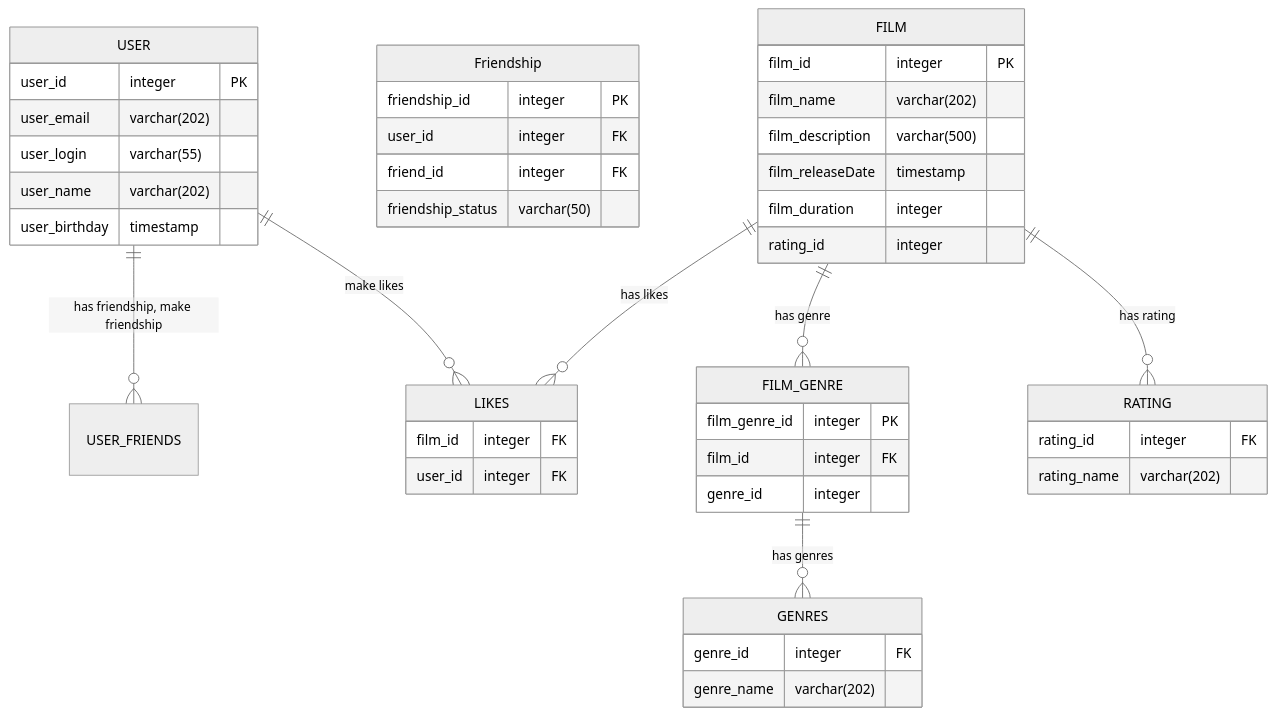
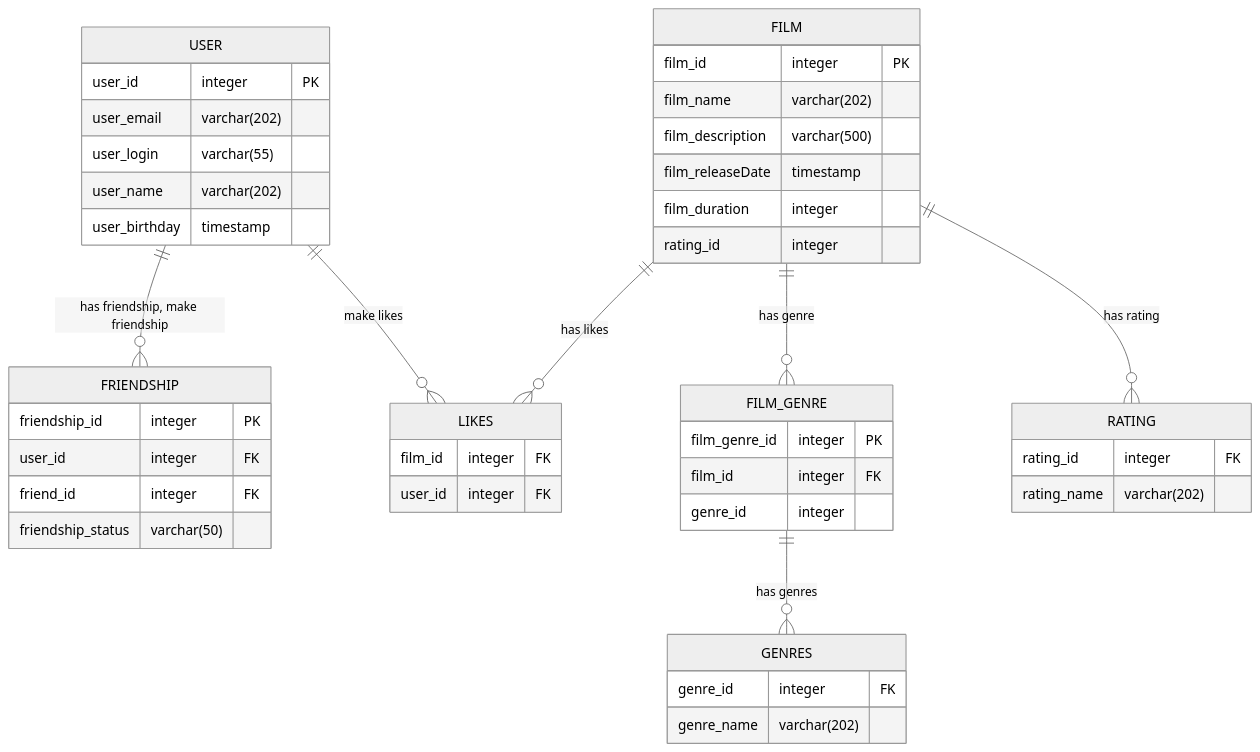
The diagram in README.md (VolchenkoP/java-filmorate), drawn with Mermaid (neutral theme) before and after one commit.

````diff
--- a/README.md
+++ b/README.md
@@ -7,47 +7,47 @@
 ```mermaid
 erDiagram
-    USER || --o{ USER_FRIENDS : "has friendship, make friendship"
+    USER || --o{ FRIENDSHIP : "has friendship, make friendship"
     USER || --o{ LIKES : "make likes"
     USER {
     user_id integer PK
     user_email varchar(202)
     user_login varchar(55)
     user_name varchar(202)
     user_birthday timestamp
     }
-    Friendship {
+    FRIENDSHIP {
     friendship_id integer PK    
     user_id integer FK
     friend_id integer FK
     friendship_status varchar(50)
     }
     FILM || --o{ FILM_GENRE : "has genre"
     FILM || --o{ LIKES : "has likes"
     FILM || --o{ RATING : "has rating"
     FILM {
     film_id integer PK
     film_name varchar(202)
     film_description varchar(500)
     film_releaseDate timestamp
     film_duration integer
     rating_id integer
     }
     FILM_GENRE || --o{ GENRES : "has genres"
     FILM_GENRE {
     film_genre_id integer PK
     film_id integer FK
     genre_id integer
     }
     GENRES {
     genre_id integer FK
     genre_name varchar(202)
     }
     RATING {
     rating_id integer FK
     rating_name varchar(202)
     }
     LIKES {
     film_id integer FK
     user_id integer FK
     }
 ```
````
